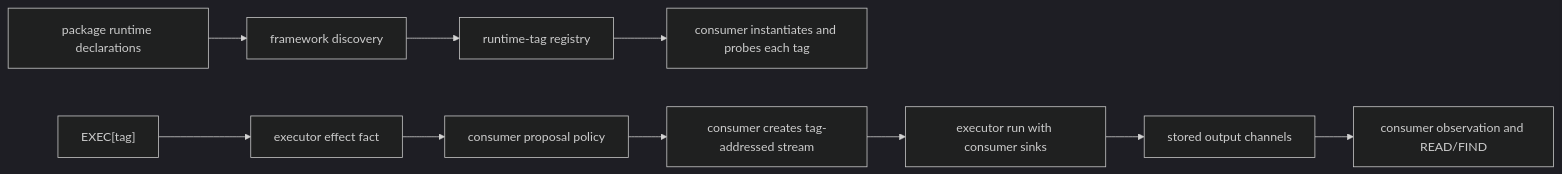
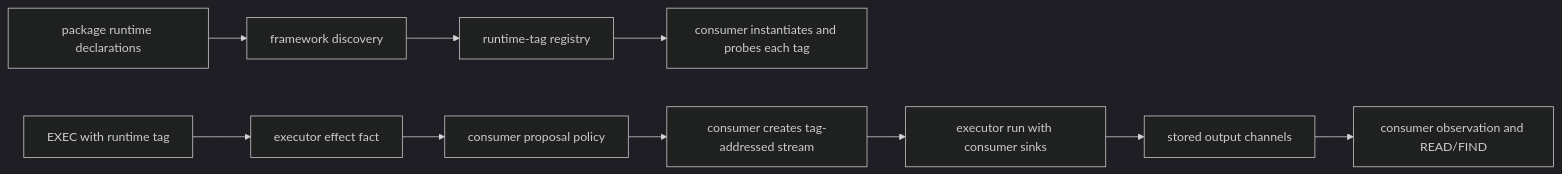
Before and after one commit to plurnk/plurnk-service: the diagram in plurnk-execs/SPEC.md, drawn with Mermaid (dark theme). The commit also changed other lines of this file and 204 other files, not shown here.

````diff
--- a/plurnk-execs/SPEC.md
+++ b/plurnk-execs/SPEC.md
@@ -14,12 +14,12 @@
 ```mermaid
 flowchart LR
     Manifest["package runtime declarations"] --> Discover["framework discovery"]
     Discover --> Registry["runtime-tag registry"]
     Registry --> Probe["consumer instantiates and probes each tag"]
-    Request["EXEC[tag]"] --> Effect["executor effect fact"]
+    Request["EXEC with runtime tag"] --> Effect["executor effect fact"]
     Effect --> Admission["consumer proposal policy"]
     Admission --> Stream["consumer creates tag-addressed stream"]
     Stream --> Run["executor run with consumer sinks"]
     Run --> Channels["stored output channels"]
     Channels --> Packet["consumer observation and READ/FIND"]
 ```
````
